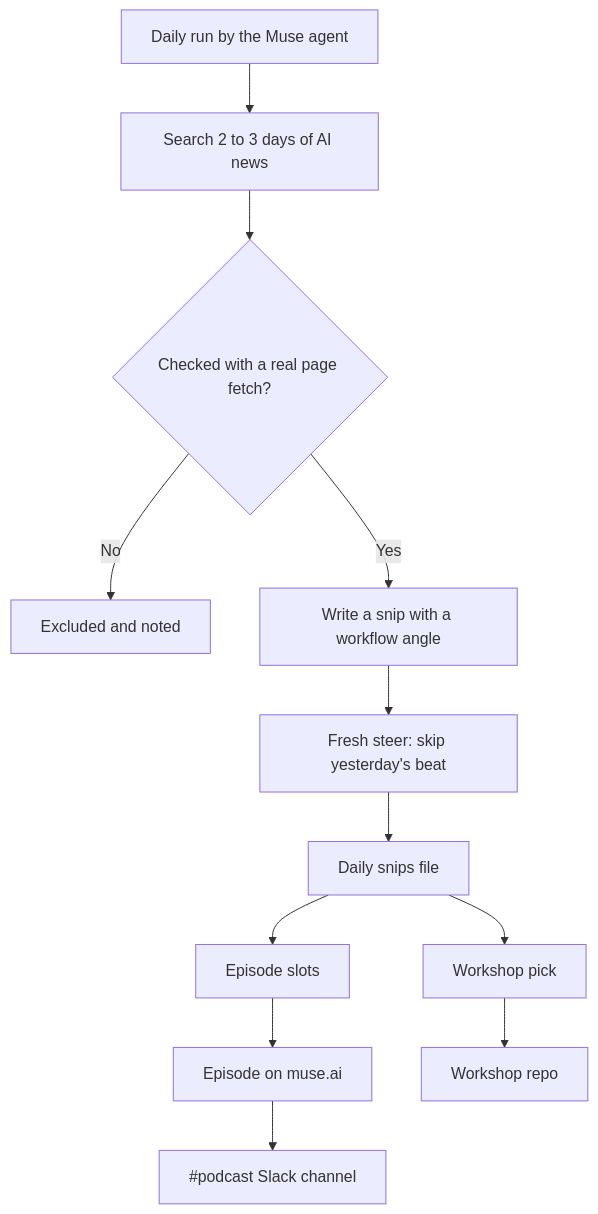
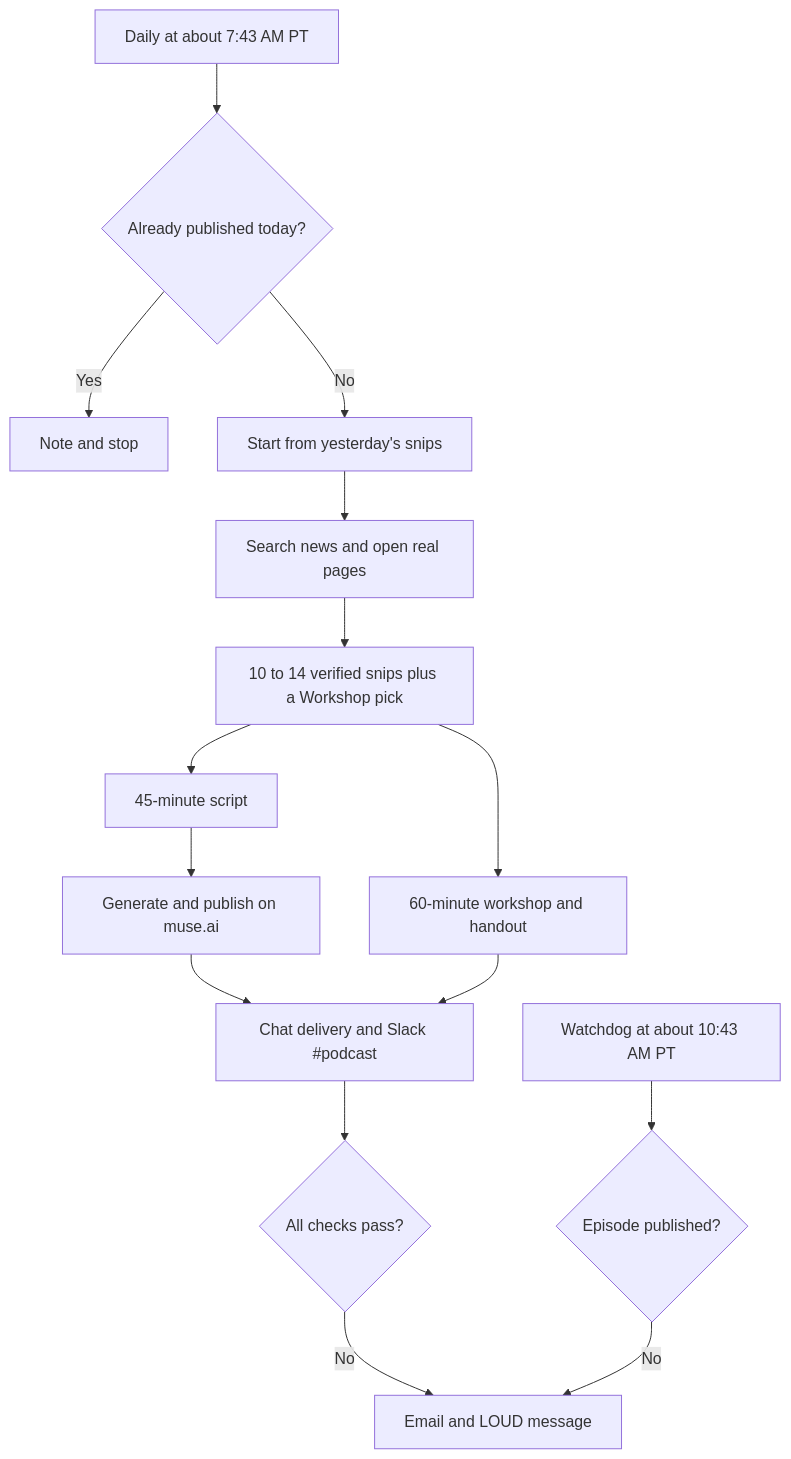
One commit to RachaelQuisel/soft-fork changed the diagram in README.md. Above: the diagram before and after it, drawn with Mermaid. The commit also changed other lines of this file and 3 other files, not shown here.

````diff
--- a/README.md
+++ b/README.md
@@ -39,14 +42,17 @@
 ```mermaid
 flowchart TD
-    A[Daily run by the Muse agent] --> B[Search 2 to 3 days of AI news]
-    B --> C{Checked with a real page fetch?}
-    C -- No --> X[Excluded and noted]
-    C -- Yes --> D[Write a snip with a workflow angle]
-    D --> E[Fresh steer: skip yesterday's beat]
-    E --> F[Daily snips file]
-    F --> G[Episode slots]
-    F --> H[Workshop pick]
-    G --> I[Episode on muse.ai]
-    I --> J[#podcast Slack channel]
-    H --> K[Workshop repo]
+    A[Daily at about 7:43 AM PT] --> B{Already published today?}
+    B -- Yes --> Z[Note and stop]
+    B -- No --> C[Start from yesterday's snips]
+    C --> D[Search news and open real pages]
+    D --> E[10 to 14 verified snips plus a Workshop pick]
+    E --> F[45-minute script]
+    F --> G[Generate and publish on muse.ai]
+    E --> H[60-minute workshop and handout]
+    G --> I[Chat delivery and Slack #podcast]
+    H --> I
+    I --> J{All checks pass?}
+    J -- No --> K[Email and LOUD message]
+    L[Watchdog at about 10:43 AM PT] --> M{Episode published?}
+    M -- No --> K
 ```
````
